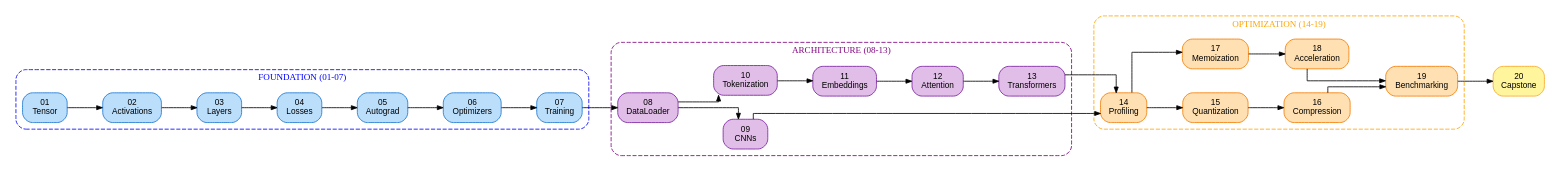
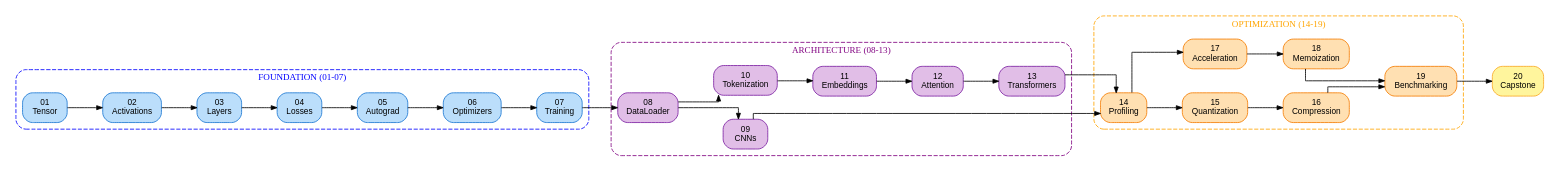
Before and after one commit to harvard-edge/cs249r_book: the diagram in tinytorch/paper/module_flow.dot, drawn with Graphviz. The commit also changed 2 other files, not shown here.

```diff
--- a/tinytorch/paper/module_flow.dot
+++ b/tinytorch/paper/module_flow.dot
@@ -1,93 +1,93 @@
 // TinyTorch Module Dependency Graph
 // Render with: dot -Tpdf module_flow.dot -o module_flow.pdf
 // Or: dot -Tpng module_flow.dot -o module_flow.png
 
 digraph TinyTorch {
     // Global settings
     rankdir=LR;
     splines=ortho;
     nodesep=0.4;
     ranksep=0.6;
     node [shape=box, style="rounded,filled", fontsize=10, fontname="Helvetica"];
     edge [arrowsize=0.7];
 
     // === FOUNDATION TIER (01-07) ===
     subgraph cluster_foundation {
         label="FOUNDATION (01-07)";
         labelloc=t;
         style="dashed,rounded";
         color=blue;
         fontcolor=blue;
         fontsize=11;
 
         node [fillcolor="#bbdefb", color="#1976d2"];
 
         T [label="01\nTensor"];
         A [label="02\nActivations"];
         L [label="03\nLayers"];
         Loss [label="04\nLosses"];
         Auto [label="05\nAutograd"];
         Opt [label="06\nOptimizers"];
         Train [label="07\nTraining"];
 
         T -> A -> L -> Loss -> Auto -> Opt -> Train;
     }
 
     // === ARCHITECTURE TIER (08-13) ===
     subgraph cluster_architecture {
         label="ARCHITECTURE (08-13)";
         labelloc=t;
         style="dashed,rounded";
         color=purple;
         fontcolor=purple;
         fontsize=11;
 
         node [fillcolor="#e1bee7", color="#7b1fa2"];
 
         Data [label="08\nDataLoader"];
 
         // Vision path
         Spatial [label="09\nCNNs"];
 
         // Language path
         Tok [label="10\nTokenization"];
         Emb [label="11\nEmbeddings"];
         Att [label="12\nAttention"];
         Trans [label="13\nTransformers"];
 
         Data -> Spatial;
         Data -> Tok -> Emb -> Att -> Trans;
     }
 
     // === OPTIMIZATION TIER (14-19) ===
     subgraph cluster_optimization {
         label="OPTIMIZATION (14-19)";
         labelloc=t;
         style="dashed,rounded";
         color=orange;
         fontcolor=orange;
         fontsize=11;
 
         node [fillcolor="#ffe0b2", color="#f57c00"];
 
         Prof [label="14\nProfiling"];
         Quant [label="15\nQuantization"];
         Comp [label="16\nCompression"];
-        Memo [label="17\nMemoization"];
-        Accel [label="18\nAcceleration"];
+        Accel [label="17\nAcceleration"];
+        Memo [label="18\nMemoization"];
         Bench [label="19\nBenchmarking"];
 
         Prof -> Quant -> Comp -> Bench;
-        Prof -> Memo -> Accel -> Bench;
+        Prof -> Accel -> Memo -> Bench;
     }
 
     // === CAPSTONE (20) ===
     Cap [label="20\nCapstone", fillcolor="#fff59d", color="#f9a825"];
 
     // === CROSS-TIER CONNECTIONS ===
     Train -> Data;
     Spatial -> Prof;
     Trans -> Prof;
     Bench -> Cap;
 
 }
```
